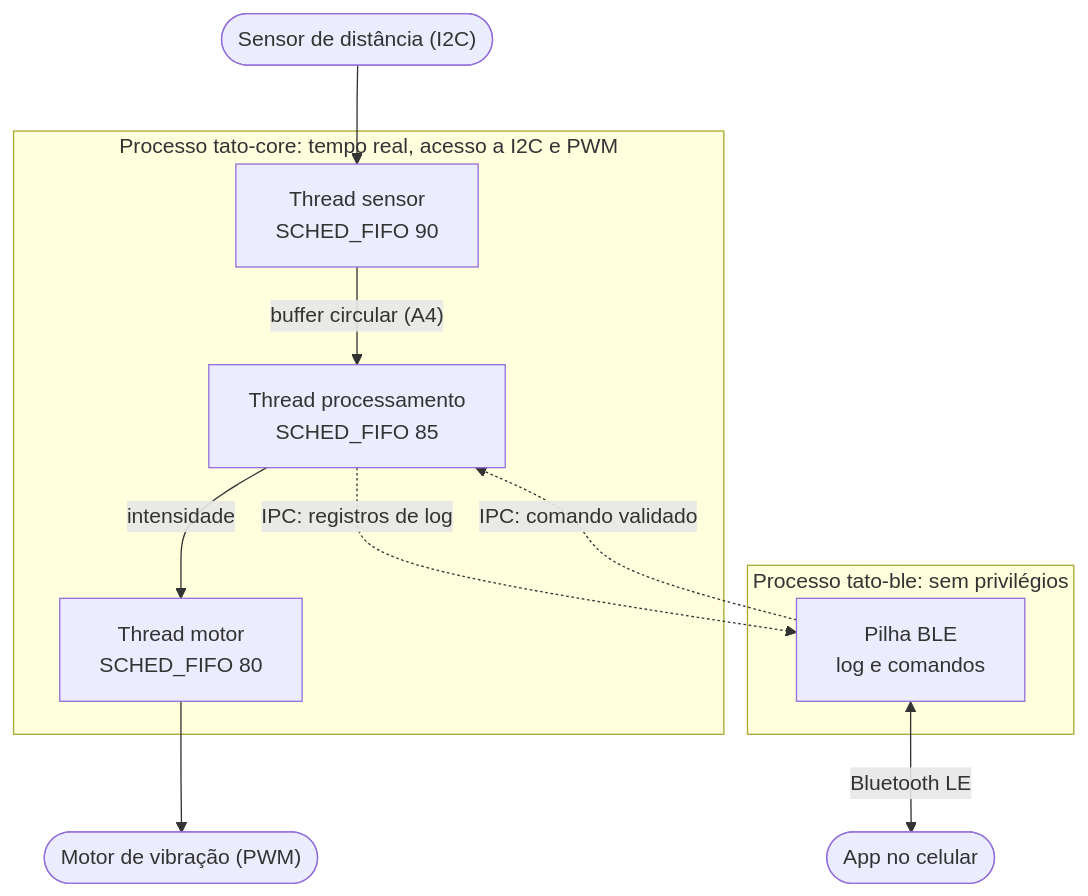
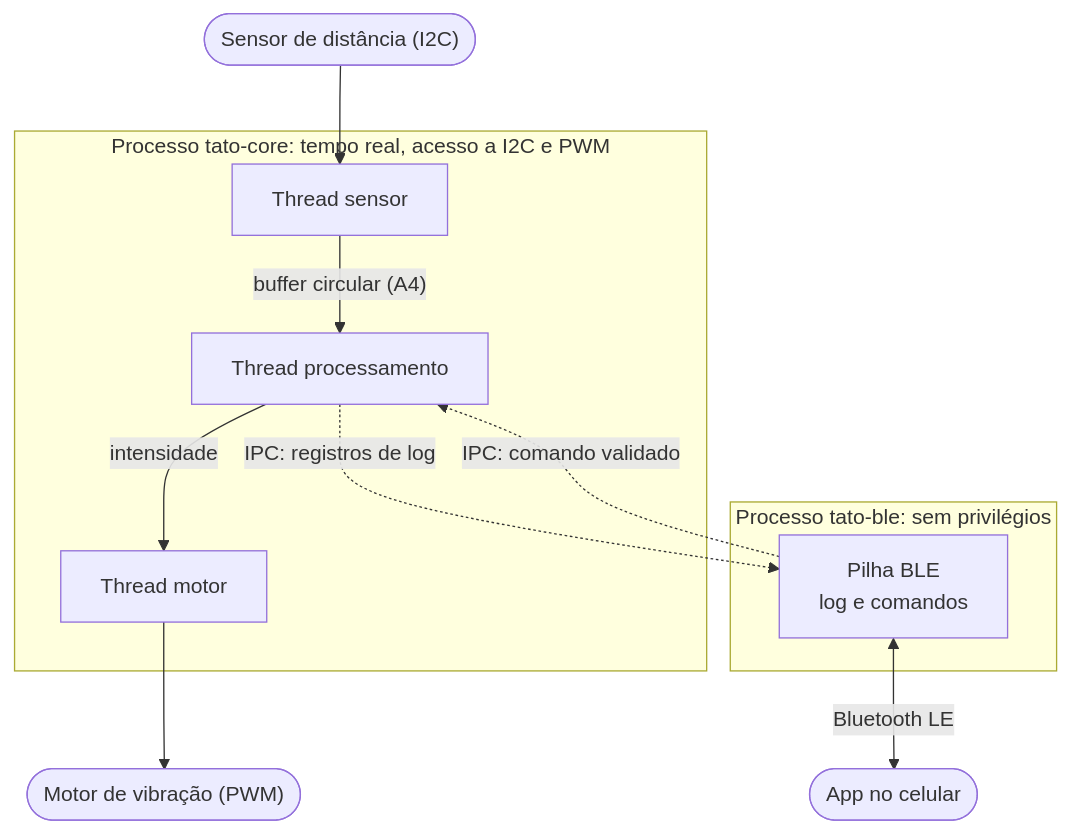
The first of 3 diagrams in ponderada/ponderada-tato.md (m4ichel/ponderada-tato), drawn with Mermaid before and after one commit. The commit also changed other lines of this file, not shown here.

````diff
--- a/ponderada/ponderada-tato.md
+++ b/ponderada/ponderada-tato.md
@@ -214,21 +213,21 @@
 ```mermaid
 flowchart TB
     hwS(["Sensor de distância (I2C)"])
     subgraph core["Processo tato-core: tempo real, acesso a I2C e PWM"]
-        S["Thread sensor<br/>SCHED_FIFO 90"]
-        P["Thread processamento<br/>SCHED_FIFO 85"]
-        M["Thread motor<br/>SCHED_FIFO 80"]
+        S["Thread sensor"]
+        P["Thread processamento"]
+        M["Thread motor"]
         S -->|"buffer circular (A4)"| P
         P -->|"intensidade"| M
     end
     subgraph radio["Processo tato-ble: sem privilégios"]
         B["Pilha BLE<br/>log e comandos"]
     end
     hwM(["Motor de vibração (PWM)"])
     cel(["App no celular"])
     hwS --> S
     M --> hwM
     P -.->|"IPC: registros de log"| B
     B -.->|"IPC: comando validado"| P
     B <-->|"Bluetooth LE"| cel
 ```
````
